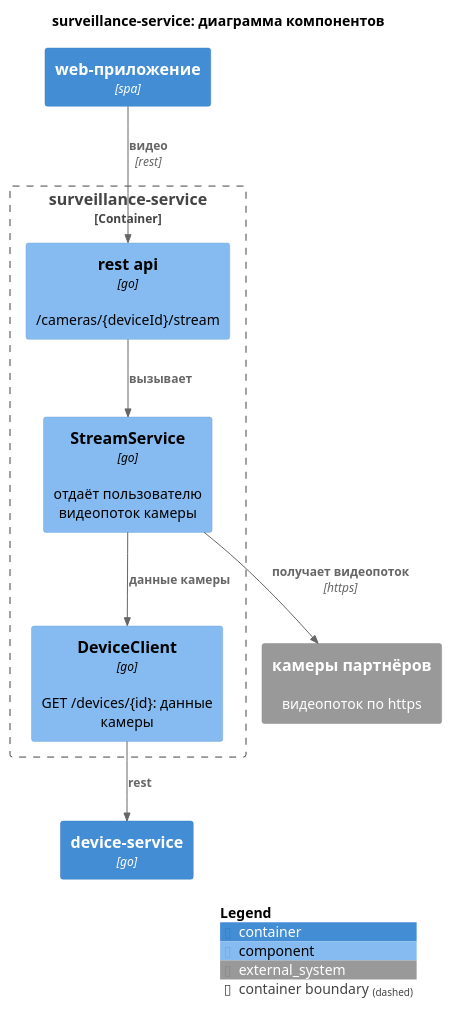
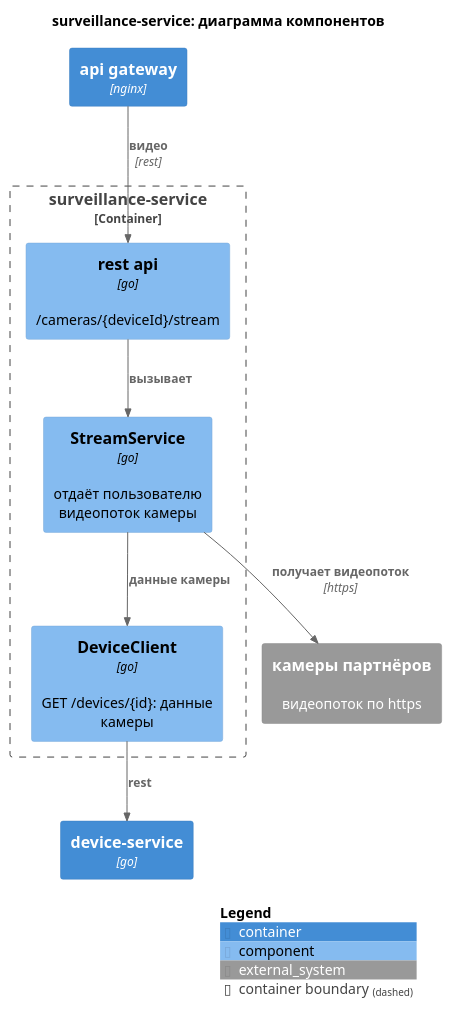
One commit to Murl1k/arch-sprint-1 changed the diagram in diagrams/component/surveillance-service.puml. Above: the diagram before and after it, drawn with PlantUML. The commit also changed 22 other files, not shown here.

```diff
--- a/diagrams/component/surveillance-service.puml
+++ b/diagrams/component/surveillance-service.puml
@@ -1,23 +1,23 @@
 @startuml surveillance-service
 !include https://raw.githubusercontent.com/plantuml-stdlib/C4-PlantUML/v2.14.0/C4_Component.puml
 
 title surveillance-service: диаграмма компонентов
 
-Container(web, "web-приложение", "spa")
+Container(api_gw, "api gateway", "nginx")
 Container(device_svc, "device-service", "go")
 System_Ext(cameras, "камеры партнёров", "видеопоток по https")
 
 Container_Boundary(svc, "surveillance-service") {
     Component(api, "rest api", "go", "/cameras/{deviceId}/stream")
     Component(stream, "StreamService", "go", "отдаёт пользователю видеопоток камеры")
     Component(client, "DeviceClient", "go", "GET /devices/{id}: данные камеры")
 }
 
-Rel(web, api, "видео", "rest")
+Rel(api_gw, api, "видео", "rest")
 Rel(api, stream, "вызывает")
 Rel(stream, client, "данные камеры")
 Rel(client, device_svc, "rest")
 Rel(stream, cameras, "получает видеопоток", "https")
 
 SHOW_LEGEND()
 @enduml
```
